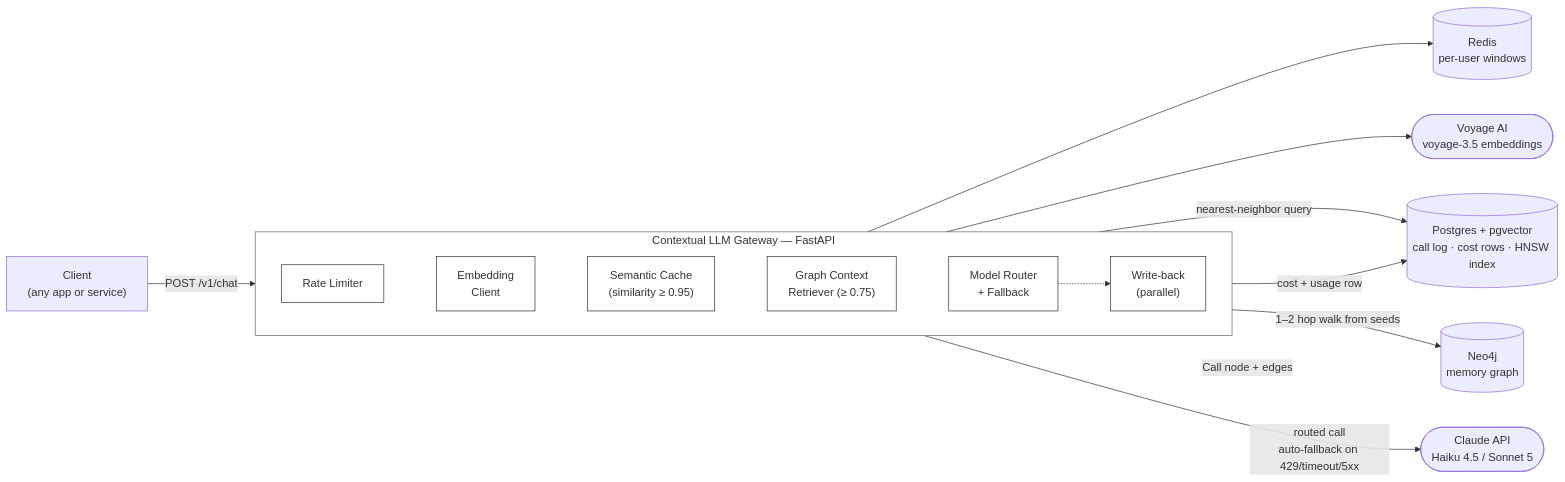
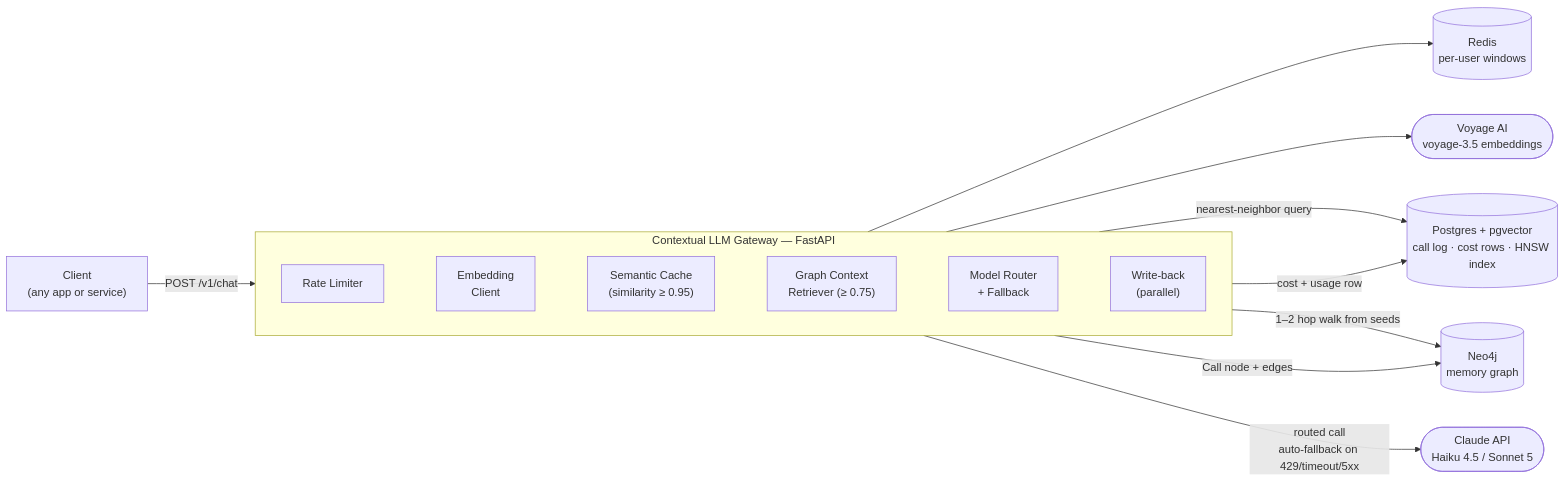
One commit to kshubham090/contextual-llm-gateway changed the first of 3 diagrams in README.md. Above: the diagram before and after it, drawn with Mermaid. The commit also changed other lines of this file, not shown here.

Commit message:
Fix README diagram rendering: invisible links + dark-mode-safe colors
- Architecture diagram: replace dotted ordering links + off-by-one
  linkStyle indices (which hid the real write-back->Neo4j edge and left
  a stray dotted arrow) with Mermaid invisible links (~~~), no index
  bookkeeping needed.
- Drop hardcoded white fills on gateway components so they inherit the
  GitHub theme in both light and dark mode.
- Graph model: add explicit dark text color on the pastel fills so
  labels stay readable in dark mode, and use matching darker strokes.

````diff
--- a/README.md
+++ b/README.md
@@ -33,53 +33,37 @@
 ```mermaid
 flowchart LR
     client["Client<br/>(any app or service)"]
 
     subgraph gateway["Contextual LLM Gateway — FastAPI"]
         direction LR
         rl["Rate Limiter"]
         emb["Embedding<br/>Client"]
         cache["Semantic Cache<br/>(similarity ≥ 0.95)"]
         ctx["Graph Context<br/>Retriever (≥ 0.75)"]
         router["Model Router<br/>+ Fallback"]
         wb["Write-back<br/>(parallel)"]
     end
 
     redis[("Redis<br/>per-user windows")]
     pg[("Postgres + pgvector<br/>call log · cost rows · HNSW index")]
     neo[("Neo4j<br/>memory graph")]
     voyage(["Voyage AI<br/>voyage-3.5 embeddings"])
     claude(["Claude API<br/>Haiku 4.5 / Sonnet 5"])
 
-    %% Colors
-    style gateway fill:#ffffff,stroke:#666,stroke-width:1px
-    style rl fill:#ffffff,stroke:#333
-    style emb fill:#ffffff,stroke:#333
-    style cache fill:#ffffff,stroke:#333
-    style ctx fill:#ffffff,stroke:#333
-    style router fill:#ffffff,stroke:#333
-    style wb fill:#ffffff,stroke:#333
-
     client -->|POST /v1/chat| rl
 
     rl --> redis
     emb --> voyage
     cache -->|nearest-neighbor query| pg
     ctx -->|1–2 hop walk from seeds| neo
     router -->|routed call<br/>auto-fallback on 429/timeout/5xx| claude
     wb -->|cost + usage row| pg
     wb -->|Call node + edges| neo
 
-    %% Hidden ordering links (approximation)
-    rl -.-> emb
-    emb -.-> cache
-    cache -.-> ctx
-    ctx -.-> router
-    router -.-> wb
-
-    %% Make them invisible
-    linkStyle 7 stroke:transparent
-    linkStyle 8 stroke:transparent
-    linkStyle 9 stroke:transparent
-    linkStyle 10 stroke:transparent
-    linkStyle 11 stroke:transparent
+    %% Invisible links: keep the pipeline stages in request order
+    rl ~~~ emb
+    emb ~~~ cache
+    cache ~~~ ctx
+    ctx ~~~ router
+    router ~~~ wb
 ```
````
